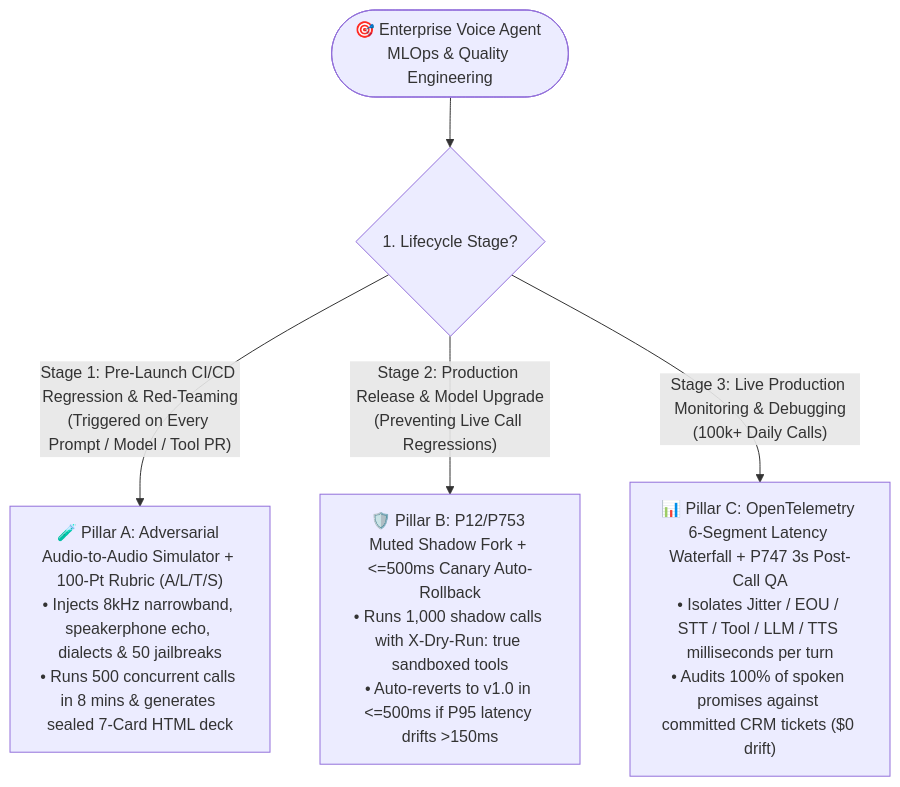
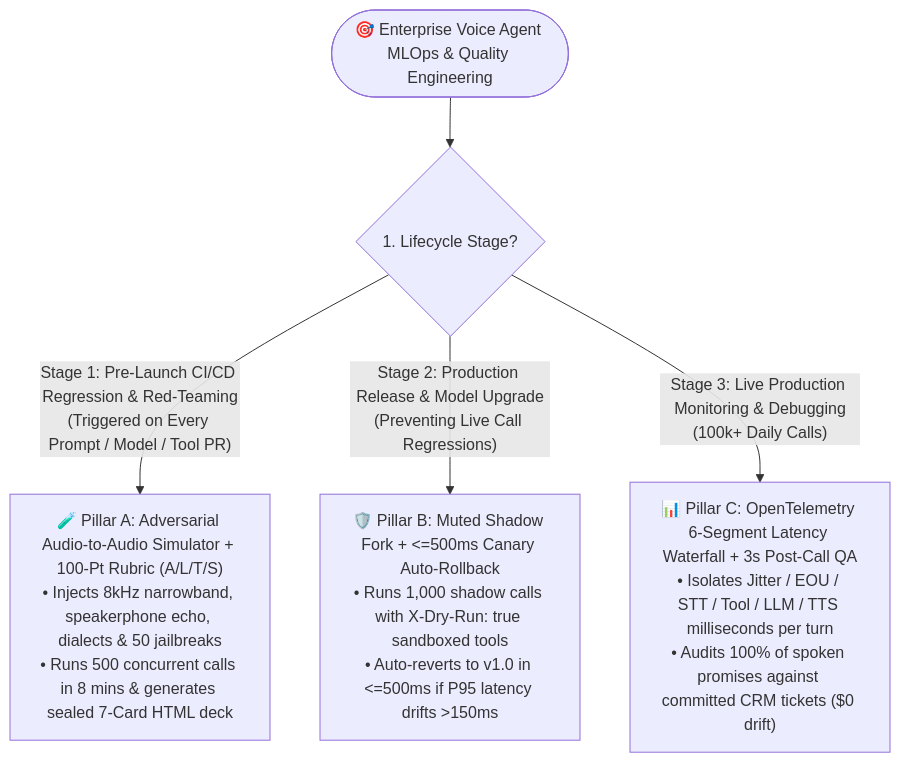
The first of 3 diagrams in docs/enterprise-voice-agent-evaluation-observability-redteaming-selection-faq.en.md (turbo998/voice-agent-lab), drawn with Mermaid before and after one commit. The commit also changed other lines of this file and 715 other files, not shown here.

First line of the commit message:
chore: curate Enterprise Voice AI SA deliverables and purge non-SA RFC/industrial bloat

````diff
--- a/docs/enterprise-voice-agent-evaluation-observability-redteaming-selection-faq.en.md
+++ b/docs/enterprise-voice-agent-evaluation-observability-redteaming-selection-faq.en.md
@@ -80,10 +80,10 @@
 ```mermaid
 flowchart TD
-    Start(["🎯 Enterprise Voice Agent MLOps & Quality Engineering"]) --> Q1{"1. Lifecycle Stage?"}
-    
-    Q1 -- "Stage 1: Pre-Launch CI/CD Regression & Red-Teaming<br/>(Triggered on Every Prompt / Model / Tool PR)" --> ChoiceEval["🧪 Pillar A: Adversarial Audio-to-Audio Simulator + 100-Pt Rubric (A/L/T/S)<br/>• Injects 8kHz narrowband, speakerphone echo, dialects & 50 jailbreaks<br/>• Runs 500 concurrent calls in 8 mins & generates sealed 7-Card HTML deck"]
-    
-    Q1 -- "Stage 2: Production Release & Model Upgrade<br/>(Preventing Live Call Regressions)" --> ChoiceCanary["🛡️ Pillar B: P12/P753 Muted Shadow Fork + <=500ms Canary Auto-Rollback<br/>• Runs 1,000 shadow calls with X-Dry-Run: true sandboxed tools<br/>• Auto-reverts to v1.0 in <=500ms if P95 latency drifts >150ms"]
-    
-    Q1 -- "Stage 3: Live Production Monitoring & Debugging<br/>(100k+ Daily Calls)" --> ChoiceObs["📊 Pillar C: OpenTelemetry 6-Segment Latency Waterfall + P747 3s Post-Call QA<br/>• Isolates Jitter / EOU / STT / Tool / LLM / TTS milliseconds per turn<br/>• Audits 100% of spoken promises against committed CRM tickets ($0 drift)"]
+ Start(["🎯 Enterprise Voice Agent MLOps & Quality Engineering"]) --> Q1{"1. Lifecycle Stage?"}
+ 
+ Q1 -- "Stage 1: Pre-Launch CI/CD Regression & Red-Teaming<br/>(Triggered on Every Prompt / Model / Tool PR)" --> ChoiceEval["🧪 Pillar A: Adversarial Audio-to-Audio Simulator + 100-Pt Rubric (A/L/T/S)<br/>• Injects 8kHz narrowband, speakerphone echo, dialects & 50 jailbreaks<br/>• Runs 500 concurrent calls in 8 mins & generates sealed 7-Card HTML deck"]
+ 
+ Q1 -- "Stage 2: Production Release & Model Upgrade<br/>(Preventing Live Call Regressions)" --> ChoiceCanary["🛡️ Pillar B: Muted Shadow Fork + <=500ms Canary Auto-Rollback<br/>• Runs 1,000 shadow calls with X-Dry-Run: true sandboxed tools<br/>• Auto-reverts to v1.0 in <=500ms if P95 latency drifts >150ms"]
+ 
+ Q1 -- "Stage 3: Live Production Monitoring & Debugging<br/>(100k+ Daily Calls)" --> ChoiceObs["📊 Pillar C: OpenTelemetry 6-Segment Latency Waterfall + 3s Post-Call QA<br/>• Isolates Jitter / EOU / STT / Tool / LLM / TTS milliseconds per turn<br/>• Audits 100% of spoken promises against committed CRM tickets ($0 drift)"]
 ```
````
